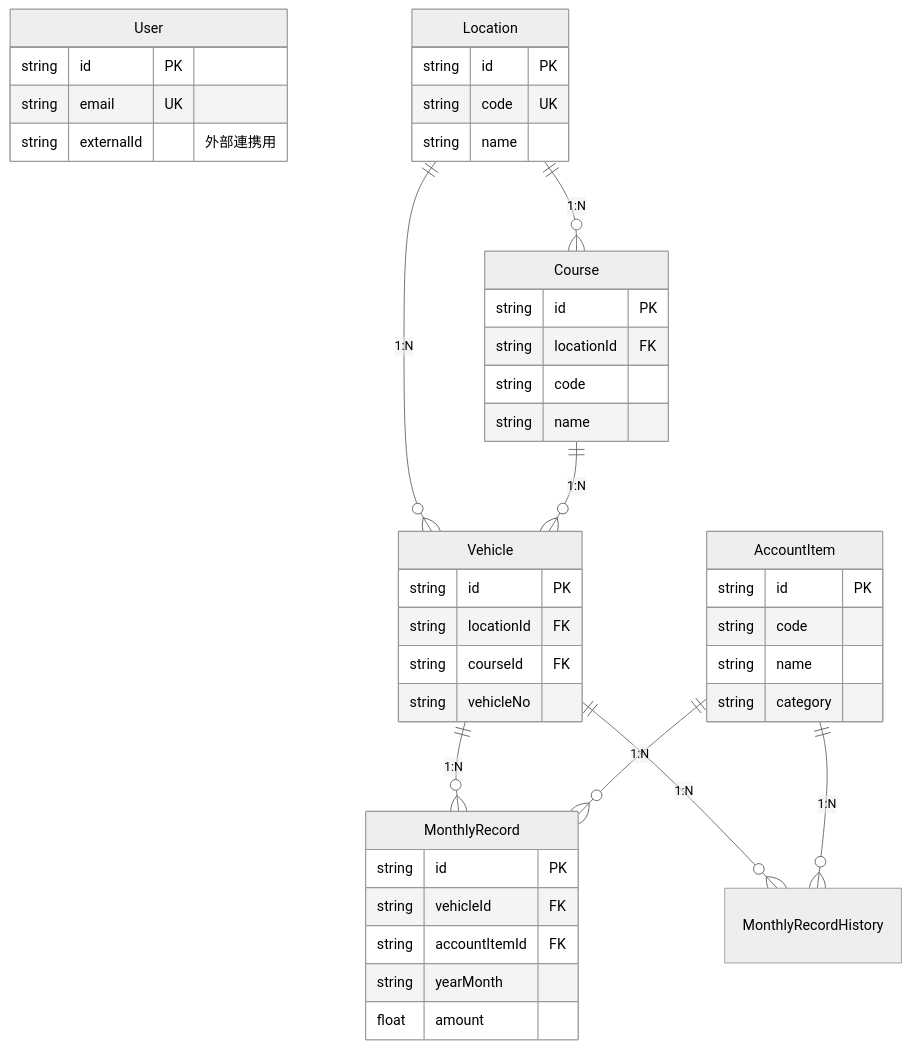
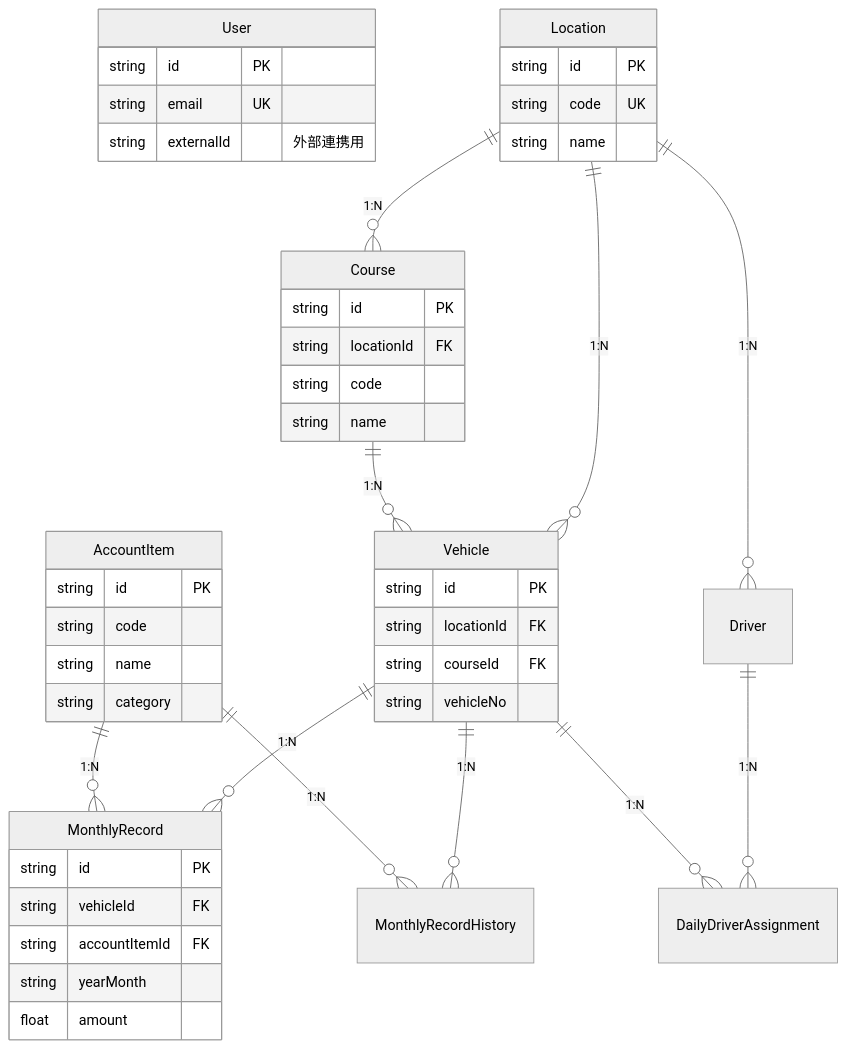
One commit to TeckVeho/vehicle-pl-system changed the second of 2 diagrams in docs/system-overview.md. Above: the diagram before and after it, drawn with Mermaid (neutral theme). The commit also changed other lines of this file and 42 other files, not shown here.

````diff
--- a/docs/system-overview.md
+++ b/docs/system-overview.md
@@ -87,51 +88,54 @@
 ```mermaid
 erDiagram
     User {
         string id PK
         string email UK
         string externalId "外部連携用"
     }
 
     Location ||--o{ Vehicle : "1:N"
     Location ||--o{ Course : "1:N"
     Course ||--o{ Vehicle : "1:N"
     Vehicle ||--o{ MonthlyRecord : "1:N"
     AccountItem ||--o{ MonthlyRecord : "1:N"
     Vehicle ||--o{ MonthlyRecordHistory : "1:N"
     AccountItem ||--o{ MonthlyRecordHistory : "1:N"
+    Location ||--o{ Driver : "1:N"
+    Driver ||--o{ DailyDriverAssignment : "1:N"
+    Vehicle ||--o{ DailyDriverAssignment : "1:N"
 
     Location {
         string id PK
         string code UK
         string name
     }
 
     Course {
         string id PK
         string locationId FK
         string code
         string name
     }
 
     Vehicle {
         string id PK
         string locationId FK
         string courseId FK
         string vehicleNo
     }
 
     MonthlyRecord {
         string id PK
         string vehicleId FK
         string accountItemId FK
         string yearMonth
         float amount
     }
 
     AccountItem {
         string id PK
         string code
         string name
         string category
     }
 ```
````
